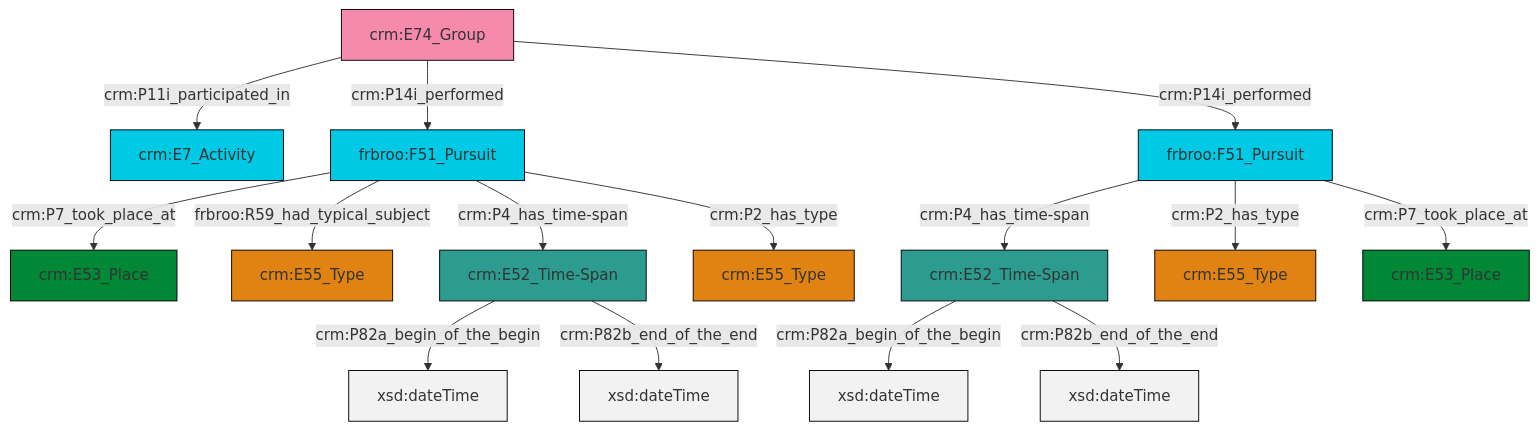
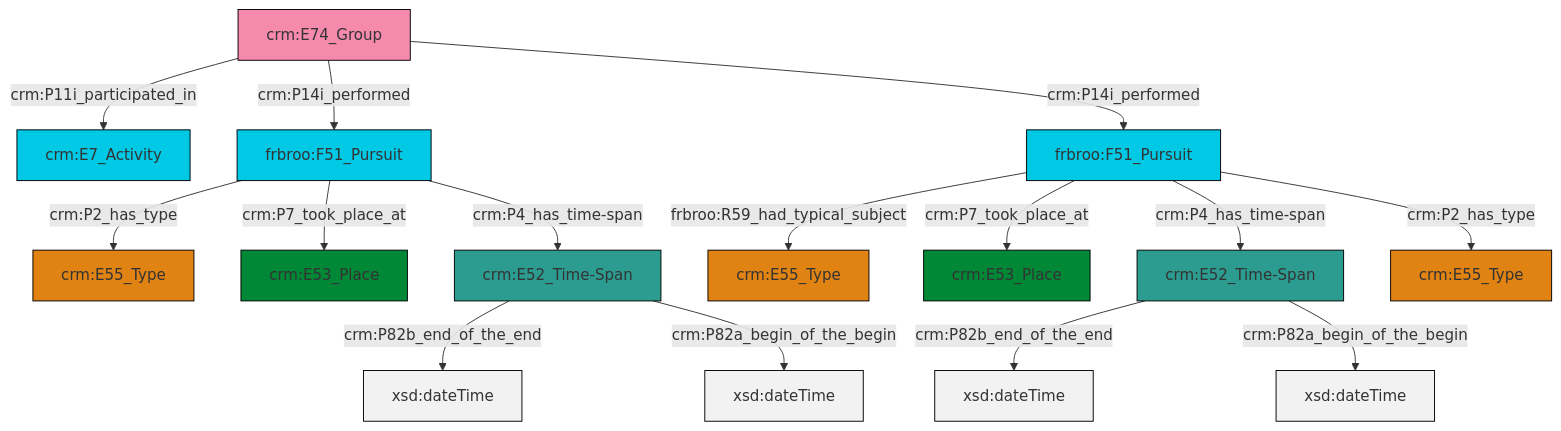
One commit to swiss-art-research-net/reference-data-models changed the diagram in et/groupCSV/ttl/mmd/group_events.ttl.mmd. Above: the diagram before and after it, drawn with Mermaid. The commit also changed 148 other files, not shown here.

```diff
--- a/et/groupCSV/ttl/mmd/group_events.ttl.mmd
+++ b/et/groupCSV/ttl/mmd/group_events.ttl.mmd
@@ -1,29 +1,29 @@
 graph TD
 classDef Literal fill:#f2f2f2,stroke:#000000;
 classDef CRM_Entity fill:#FFFFFF,stroke:#000000;
 classDef Temporal_Entity fill:#00C9E6, stroke:#000000;
 classDef Type fill:#E18312, stroke:#000000;
 classDef Time-Span fill:#2C9C91, stroke:#000000;
 classDef Appellation fill:#FFEB7F, stroke:#000000;
 classDef Place fill:#008836, stroke:#000000;
 classDef Persistent_Item fill:#B266B2, stroke:#000000;
 classDef Conceptual_Object fill:#FFD700, stroke:#000000;
 classDef Physical_Thing fill:#D2B48C, stroke:#000000;
 classDef Actor fill:#f58aad, stroke:#000000;
 classDef PC_Classes fill:#4ce600, stroke:#000000;
 classDef Multi fill:#cccccc,stroke:#000000;
 
-0["crm:E52_Time-Span"]:::Time-Span -->|crm:P82a_begin_of_the_begin| 1[xsd:dateTime]:::Literal
-4["crm:E74_Group"]:::Actor -->|crm:P11i_participated_in| 5["crm:E7_Activity"]:::Temporal_Entity
-8["frbroo:F51_Pursuit"]:::Temporal_Entity -->|crm:P7_took_place_at| 2["crm:E53_Place"]:::Place
-8["frbroo:F51_Pursuit"]:::Temporal_Entity -->|frbroo:R59_had_typical_subject| 11["crm:E55_Type"]:::Type
-12["frbroo:F51_Pursuit"]:::Temporal_Entity -->|crm:P4_has_time-span| 0["crm:E52_Time-Span"]:::Time-Span
-9["crm:E52_Time-Span"]:::Time-Span -->|crm:P82a_begin_of_the_begin| 23[xsd:dateTime]:::Literal
-4["crm:E74_Group"]:::Actor -->|crm:P14i_performed| 8["frbroo:F51_Pursuit"]:::Temporal_Entity
-12["frbroo:F51_Pursuit"]:::Temporal_Entity -->|crm:P2_has_type| 14["crm:E55_Type"]:::Type
-0["crm:E52_Time-Span"]:::Time-Span -->|crm:P82b_end_of_the_end| 25[xsd:dateTime]:::Literal
-4["crm:E74_Group"]:::Actor -->|crm:P14i_performed| 12["frbroo:F51_Pursuit"]:::Temporal_Entity
-12["frbroo:F51_Pursuit"]:::Temporal_Entity -->|crm:P7_took_place_at| 19["crm:E53_Place"]:::Place
-9["crm:E52_Time-Span"]:::Time-Span -->|crm:P82b_end_of_the_end| 26[xsd:dateTime]:::Literal
-8["frbroo:F51_Pursuit"]:::Temporal_Entity -->|crm:P4_has_time-span| 9["crm:E52_Time-Span"]:::Time-Span
-8["frbroo:F51_Pursuit"]:::Temporal_Entity -->|crm:P2_has_type| 6["crm:E55_Type"]:::Type
+2["frbroo:F51_Pursuit"]:::Temporal_Entity -->|crm:P2_has_type| 3["crm:E55_Type"]:::Type
+2["frbroo:F51_Pursuit"]:::Temporal_Entity -->|crm:P7_took_place_at| 4["crm:E53_Place"]:::Place
+9["crm:E74_Group"]:::Actor -->|crm:P11i_participated_in| 6["crm:E7_Activity"]:::Temporal_Entity
+10["crm:E52_Time-Span"]:::Time-Span -->|crm:P82b_end_of_the_end| 11[xsd:dateTime]:::Literal
+13["crm:E52_Time-Span"]:::Time-Span -->|crm:P82b_end_of_the_end| 14[xsd:dateTime]:::Literal
+13["crm:E52_Time-Span"]:::Time-Span -->|crm:P82a_begin_of_the_begin| 17[xsd:dateTime]:::Literal
+2["frbroo:F51_Pursuit"]:::Temporal_Entity -->|crm:P4_has_time-span| 13["crm:E52_Time-Span"]:::Time-Span
+9["crm:E74_Group"]:::Actor -->|crm:P14i_performed| 2["frbroo:F51_Pursuit"]:::Temporal_Entity
+18["frbroo:F51_Pursuit"]:::Temporal_Entity -->|frbroo:R59_had_typical_subject| 19["crm:E55_Type"]:::Type
+18["frbroo:F51_Pursuit"]:::Temporal_Entity -->|crm:P7_took_place_at| 15["crm:E53_Place"]:::Place
+10["crm:E52_Time-Span"]:::Time-Span -->|crm:P82a_begin_of_the_begin| 22[xsd:dateTime]:::Literal
+9["crm:E74_Group"]:::Actor -->|crm:P14i_performed| 18["frbroo:F51_Pursuit"]:::Temporal_Entity
+18["frbroo:F51_Pursuit"]:::Temporal_Entity -->|crm:P4_has_time-span| 10["crm:E52_Time-Span"]:::Time-Span
+18["frbroo:F51_Pursuit"]:::Temporal_Entity -->|crm:P2_has_type| 0["crm:E55_Type"]:::Type
```
